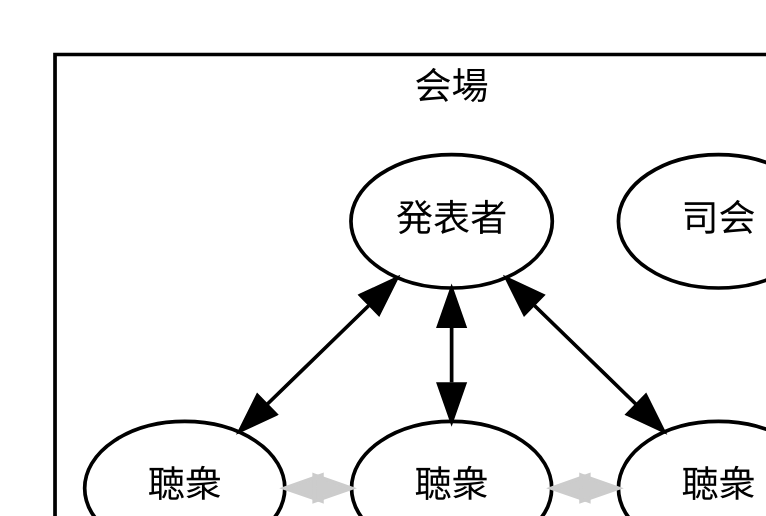
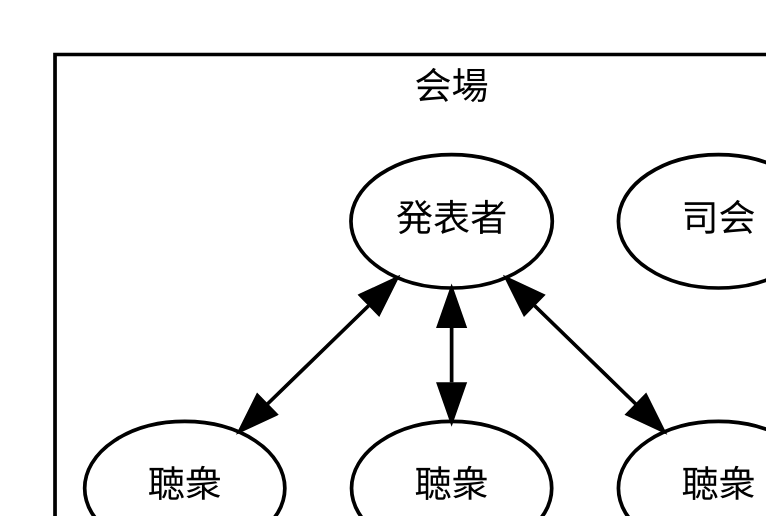
One commit to seibe/Speech changed the diagram in Thesis/img/Figure0.gv. Above: the diagram before and after it, drawn with Graphviz. The commit also changed 10 other files, not shown here.

```diff
--- a/Thesis/img/Figure0.gv
+++ b/Thesis/img/Figure0.gv
@@ -1,33 +1,30 @@
 digraph sample1 {
 	graph[
 		fontname="Yu Gothic bold";
 		layout = dot;
 		charset = "UTF-8";
 		dpi = 120;
 	];
 	node[
 		fontname = "Yu Gothic bold";
 		fontsize = 10;
 	];
 	edge[fontname="Yu Gothic bold"];
 
 	subgraph cluster0 {
 		label = "会場";
 		fontsize = 10;
 
 		master [label="司会"]
 		presenter [label="発表者"]
 		audience1 [label="聴衆"]
 		audience2 [label="聴衆"]
 		audience3 [label="聴衆"]
 
 		presenter->audience1 [dir=both];
 		presenter->audience2 [dir=both];
 		presenter->audience3 [dir=both];
 
-		audience1->audience2 [dir=both; color="#cccccc"];
-		audience2->audience3 [dir=both; color="#cccccc"];
-
 		{rank = same; audience1; audience2; audience3;}
 	};
 }
```
